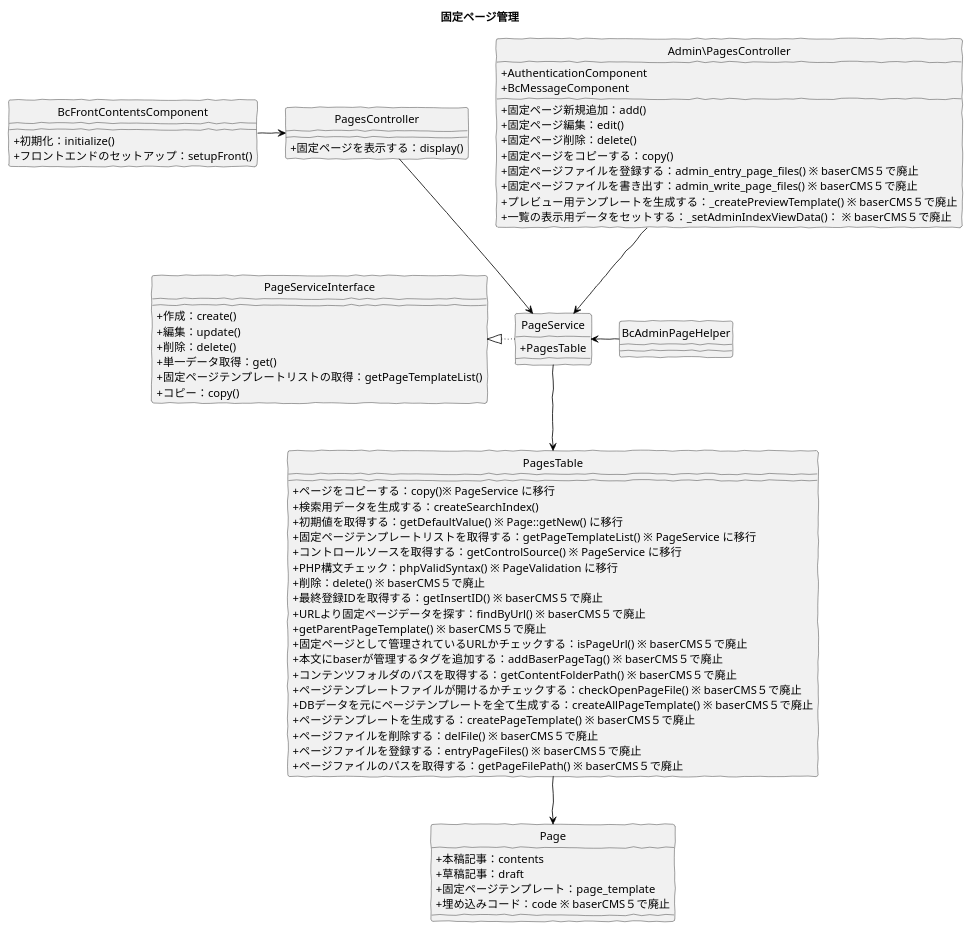
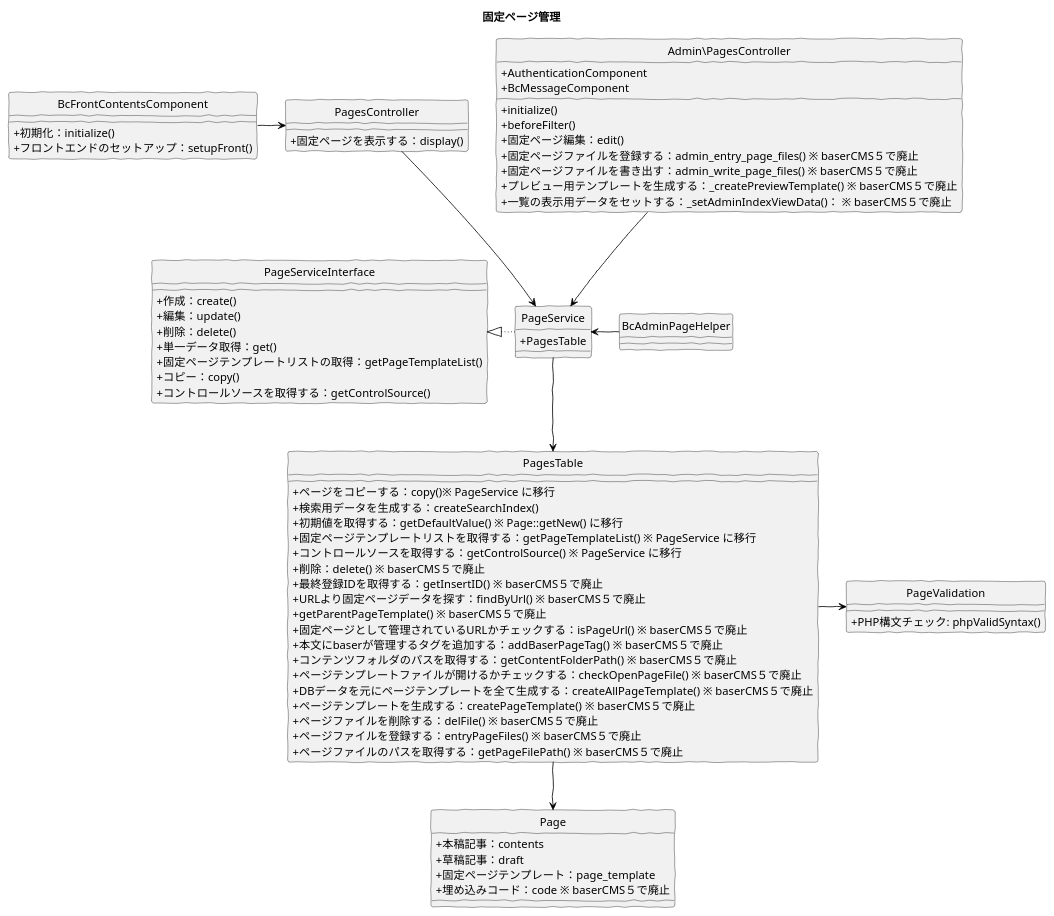
Before and after one commit to baserproject/baserproject.github.io: the diagram in src/puml/5/ucmitz/svg/class/manage_pages.puml, drawn with PlantUML. The commit also changed 4 other files, not shown here.

```diff
--- a/src/puml/5/ucmitz/svg/class/manage_pages.puml
+++ b/src/puml/5/ucmitz/svg/class/manage_pages.puml
@@ -1,84 +1,88 @@
 @startuml
 skinparam handwritten true
 skinparam backgroundColor white
 hide circle
 skinparam classAttributeIconSize 0
 
 title 固定ページ管理
 
 class PagesController {
   + 固定ページを表示する：display()
 }
 
 class BcFrontContentsComponent {
   + 初期化：initialize()
   + フロントエンドのセットアップ：setupFront()
 }
 
 class Admin\PagesController {
   + AuthenticationComponent
   + BcMessageComponent
-  + 固定ページ新規追加：add() 
+  + initialize()
+  + beforeFilter()
   + 固定ページ編集：edit()
-  + 固定ページ削除：delete()
-  + 固定ページをコピーする：copy()
   + 固定ページファイルを登録する：admin_entry_page_files() ※ baserCMS５で廃止
   + 固定ページファイルを書き出す：admin_write_page_files() ※ baserCMS５で廃止
   + プレビュー用テンプレートを生成する：_createPreviewTemplate() ※ baserCMS５で廃止
   + 一覧の表示用データをセットする：_setAdminIndexViewData()： ※ baserCMS５で廃止
 }
 
 class BcAdminPageHelper {
 }
 
 class PageService {
   + PagesTable
 }
 
 class PageServiceInterface {
   + 作成：create()
   + 編集：update()
   + 削除：delete()
   + 単一データ取得：get()
   + 固定ページテンプレートリストの取得：getPageTemplateList()
   + コピー：copy()
+  + コントロールソースを取得する：getControlSource()
 }
 
 class PagesTable {
 	+ ページをコピーする：copy()※ PageService に移行
 	+ 検索用データを生成する：createSearchIndex()
 	+ 初期値を取得する：getDefaultValue() ※ Page::getNew() に移行
 	+ 固定ページテンプレートリストを取得する：getPageTemplateList() ※ PageService に移行
 	+ コントロールソースを取得する：getControlSource() ※ PageService に移行
-	+ PHP構文チェック：phpValidSyntax() ※ PageValidation に移行
 	+ 削除：delete() ※ baserCMS５で廃止
 	+ 最終登録IDを取得する：getInsertID() ※ baserCMS５で廃止
 	+ URLより固定ページデータを探す：findByUrl() ※ baserCMS５で廃止
 	+ getParentPageTemplate() ※ baserCMS５で廃止
 	+ 固定ページとして管理されているURLかチェックする：isPageUrl() ※ baserCMS５で廃止
 	+ 本文にbaserが管理するタグを追加する：addBaserPageTag() ※ baserCMS５で廃止
 	+ コンテンツフォルダのパスを取得する：getContentFolderPath() ※ baserCMS５で廃止
 	+ ページテンプレートファイルが開けるかチェックする：checkOpenPageFile() ※ baserCMS５で廃止
 	+ DBデータを元にページテンプレートを全て生成する：createAllPageTemplate() ※ baserCMS５で廃止
 	+ ページテンプレートを生成する：createPageTemplate() ※ baserCMS５で廃止
 	+ ページファイルを削除する：delFile() ※ baserCMS５で廃止
 	+ ページファイルを登録する：entryPageFiles() ※ baserCMS５で廃止
 	+ ページファイルのパスを取得する：getPageFilePath() ※ baserCMS５で廃止
 }
 
+class PageValidation {
+  + PHP構文チェック: phpValidSyntax()
+}
+
 class Page {
    + 本稿記事：contents
    + 草稿記事：draft
    + 固定ページテンプレート：page_template
    + 埋め込みコード：code ※ baserCMS５で廃止
 }
 
 Admin\PagesController -down[#Black]-> PageService
 BcFrontContentsComponent -right[#Black]-> PagesController
 PagesController -down[#Black]-> PageService
 BcAdminPageHelper -left[#Black]-> PageService
 PageService -down[#Black]-> PagesTable
+PagesTable -right[#Black]-> PageValidation
 PageService -left[dotted,#Black]-|> PageServiceInterface
 PagesTable -down[#Black]-> Page
 
 @enduml
```
